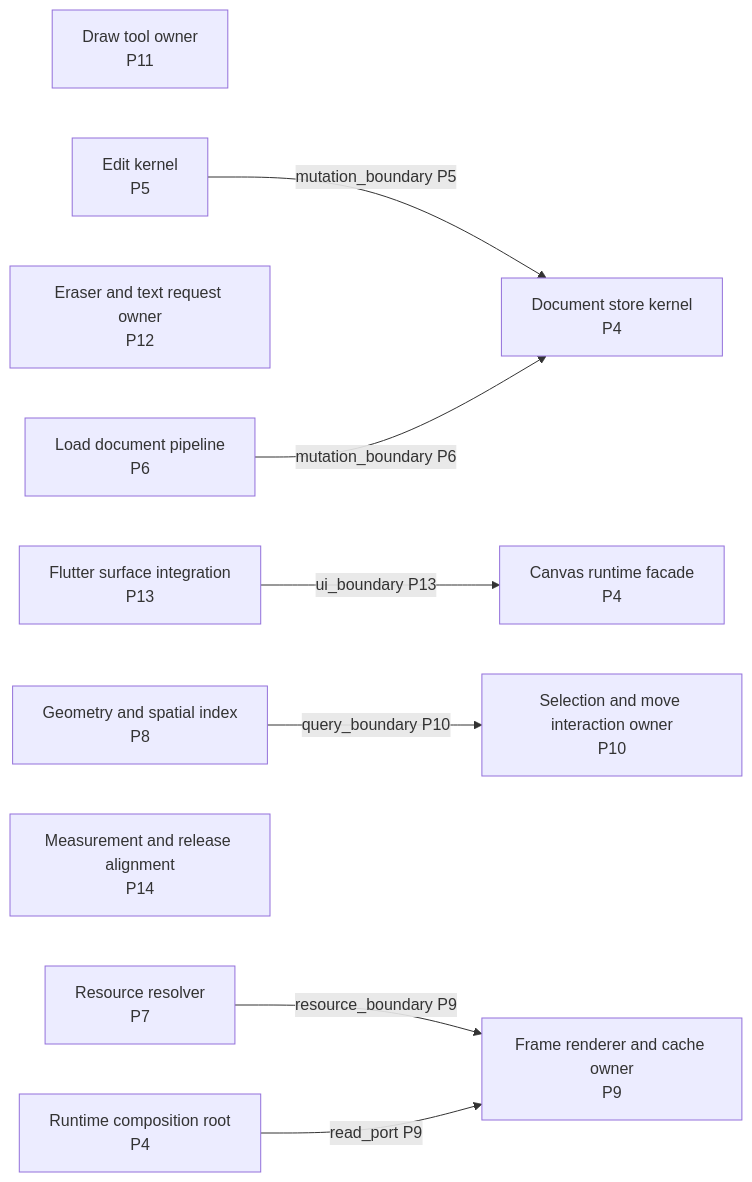
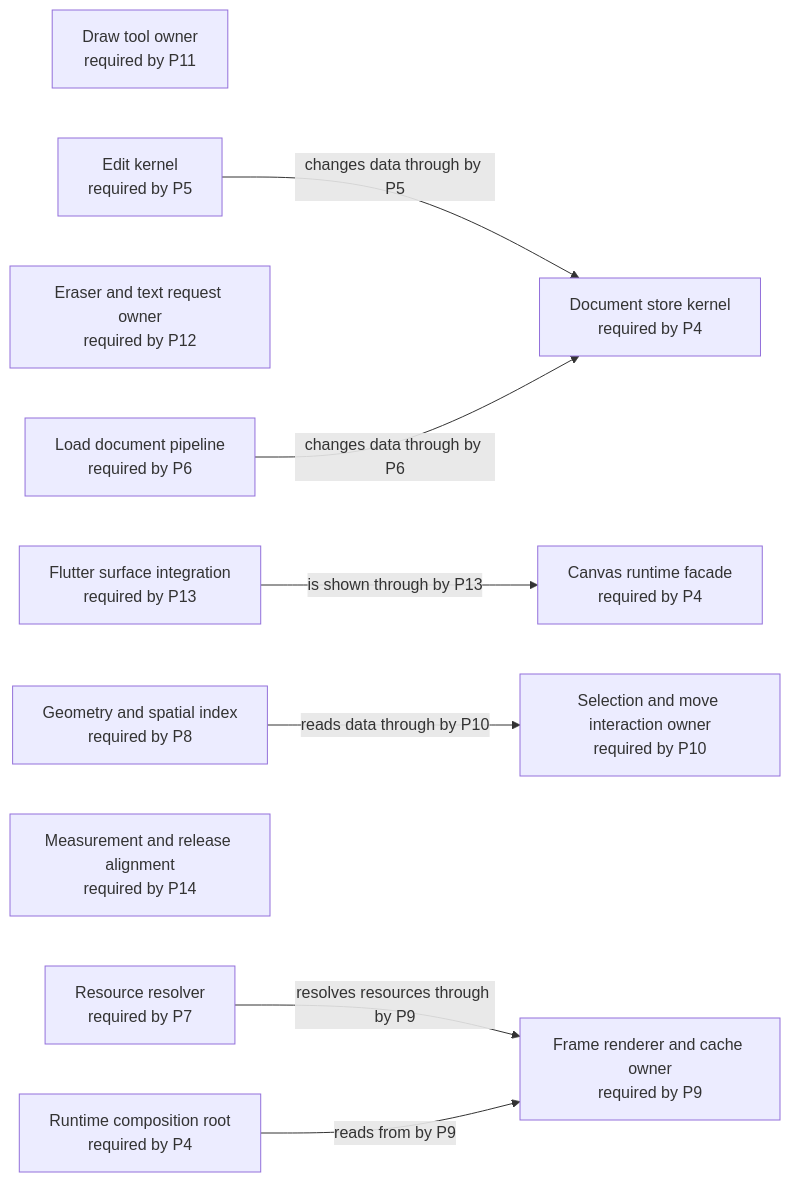
Before and after one commit to GreatPika/iwb_canvas_engine: the diagram in docs/diagrams/generated/future_target.mmd, drawn with Mermaid. The commit also changed 5 other files, not shown here.

First line of the commit message:
fix: make generated graph views readable

```diff
--- a/docs/diagrams/generated/future_target.mmd
+++ b/docs/diagrams/generated/future_target.mmd
@@ -1,24 +1,24 @@
 %% GENERATED FILE. Do not edit by hand.
 %% Source: docs/architecture/architecture_graph.yaml
 %% View: Future target architecture graph
 %% Selected phase: P4
 flowchart LR
-  api_canvas_runtime["Canvas runtime facade\nP4"]
-  draw_tools["Draw tool owner\nP11"]
-  edit_kernel["Edit kernel\nP5"]
-  eraser_text_request["Eraser and text request owner\nP12"]
-  flutter_surface["Flutter surface integration\nP13"]
-  frame_renderer["Frame renderer and cache owner\nP9"]
-  geometry_spatial_index["Geometry and spatial index\nP8"]
-  interaction_selection_move["Selection and move interaction owner\nP10"]
-  load_document_pipeline["Load document pipeline\nP6"]
-  release_measurement["Measurement and release alignment\nP14"]
-  resource_resolver["Resource resolver\nP7"]
-  runtime_root["Runtime composition root\nP4"]
-  store_document_kernel["Document store kernel\nP4"]
-  edit_kernel -->|mutation_boundary P5| store_document_kernel
-  flutter_surface -->|ui_boundary P13| api_canvas_runtime
-  geometry_spatial_index -->|query_boundary P10| interaction_selection_move
-  load_document_pipeline -->|mutation_boundary P6| store_document_kernel
-  resource_resolver -->|resource_boundary P9| frame_renderer
-  runtime_root -->|read_port P9| frame_renderer
+  api_canvas_runtime["Canvas runtime facade<br/>required by P4"]
+  draw_tools["Draw tool owner<br/>required by P11"]
+  edit_kernel["Edit kernel<br/>required by P5"]
+  eraser_text_request["Eraser and text request owner<br/>required by P12"]
+  flutter_surface["Flutter surface integration<br/>required by P13"]
+  frame_renderer["Frame renderer and cache owner<br/>required by P9"]
+  geometry_spatial_index["Geometry and spatial index<br/>required by P8"]
+  interaction_selection_move["Selection and move interaction owner<br/>required by P10"]
+  load_document_pipeline["Load document pipeline<br/>required by P6"]
+  release_measurement["Measurement and release alignment<br/>required by P14"]
+  resource_resolver["Resource resolver<br/>required by P7"]
+  runtime_root["Runtime composition root<br/>required by P4"]
+  store_document_kernel["Document store kernel<br/>required by P4"]
+  edit_kernel -->|changes data through by P5| store_document_kernel
+  flutter_surface -->|is shown through by P13| api_canvas_runtime
+  geometry_spatial_index -->|reads data through by P10| interaction_selection_move
+  load_document_pipeline -->|changes data through by P6| store_document_kernel
+  resource_resolver -->|resolves resources through by P9| frame_renderer
+  runtime_root -->|reads from by P9| frame_renderer
```
